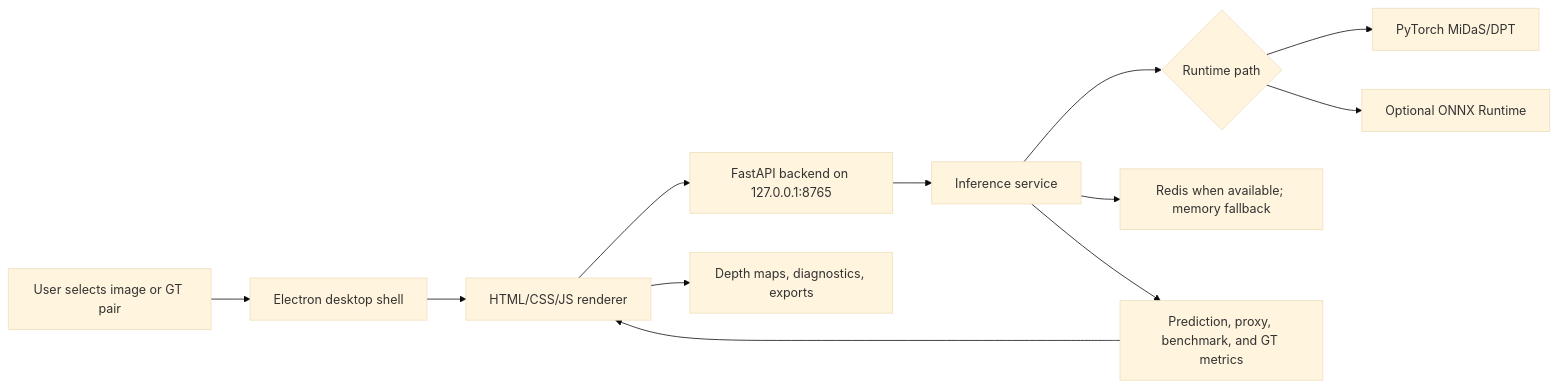
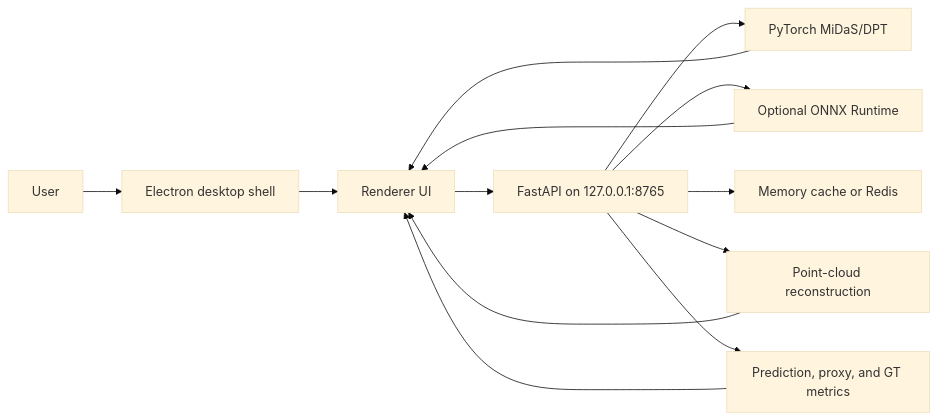
Before and after one commit to AyushmanRaha/DepthLensPro: the diagram in README.md, drawn with Mermaid (base theme). The commit also changed other lines of this file, not shown here.

````diff
--- a/README.md
+++ b/README.md
@@ -16,14 +21,15 @@
 ```mermaid
 flowchart LR
-    User[User selects image or GT pair] --> Electron[Electron desktop shell]
-    Electron --> Renderer[HTML/CSS/JS renderer]
-    Renderer --> API[FastAPI backend on 127.0.0.1:8765]
-    API --> Inference[Inference service]
-    Inference --> Runtime{Runtime path}
-    Runtime --> Torch[PyTorch MiDaS/DPT]
-    Runtime --> ONNX[Optional ONNX Runtime]
-    Inference --> Cache[Redis when available; memory fallback]
-    Inference --> Metrics[Prediction, proxy, benchmark, and GT metrics]
+    User[User] --> Electron[Electron desktop shell]
+    Electron --> Renderer[Renderer UI]
+    Renderer --> API[FastAPI on 127.0.0.1:8765]
+    API --> Torch[PyTorch MiDaS/DPT]
+    API --> ONNX[Optional ONNX Runtime]
+    API --> Cache[Memory cache or Redis]
+    API --> Recon[Point-cloud reconstruction]
+    API --> Metrics[Prediction, proxy, and GT metrics]
+    Torch --> Renderer
+    ONNX --> Renderer
+    Recon --> Renderer
     Metrics --> Renderer
-    Renderer --> Output[Depth maps, diagnostics, exports]
 ```
````
